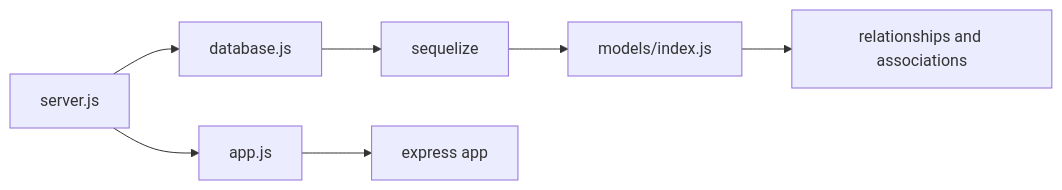
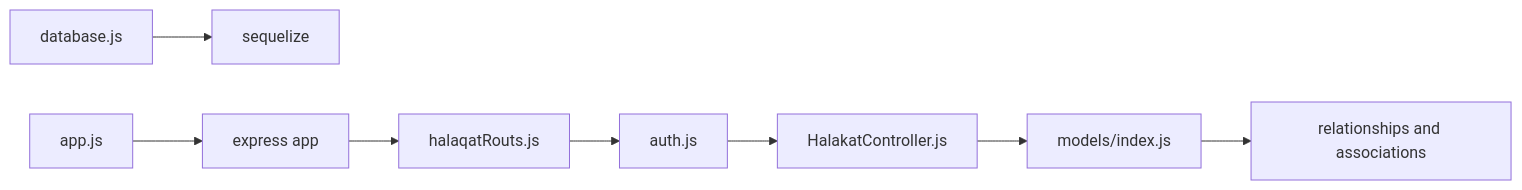
One commit to Mreng78/khirocom_project changed the eighth of 8 diagrams in .qoder/repowiki/en/content/Feature Modules/Teaching Group Management.md. Above: the diagram before and after it, drawn with Mermaid. The commit also changed other lines of this file and 10 other files, not shown here.

````diff
--- a/.qoder/repowiki/en/content/Feature Modules/Teaching Group Management.md
+++ b/.qoder/repowiki/en/content/Feature Modules/Teaching Group Management.md
@@ -364,9 +533,10 @@
 ```mermaid
 graph LR
 DB_CFG["database.js"] --> SEQ["sequelize"]
 APP_CFG["app.js"] --> APP_EXPRESS["express app"]
-SRV["server.js"] --> DB_CFG
-SRV --> APP_CFG
-SEQ --> MODELS["models/index.js"]
+APP_EXPRESS --> HALAQAT_ROUTES["halaqatRouts.js"]
+HALAQAT_ROUTES --> AUTH["auth.js"]
+AUTH --> HALAQAT_CTRL["HalakatController.js"]
+HALAQAT_CTRL --> MODELS["models/index.js"]
 MODELS --> RELATIONS["relationships and associations"]
 ```
````
